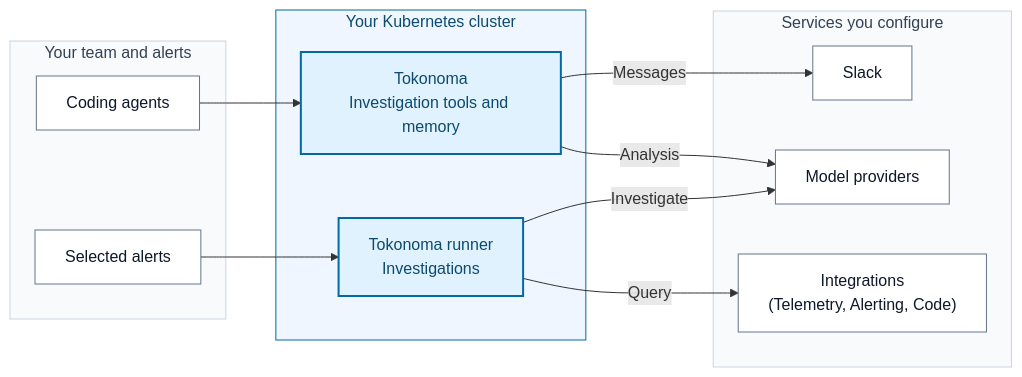
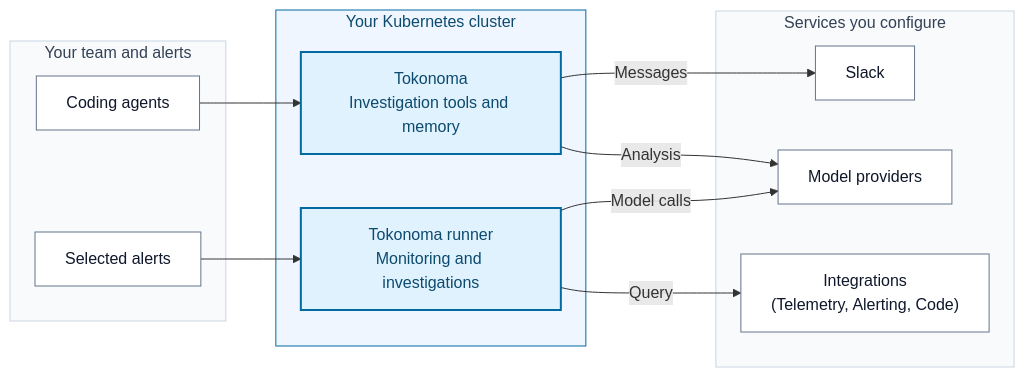
One commit to tokonoma-ai/tokonoma-docs changed the diagram in README.md. Above: the diagram before and after it, drawn with Mermaid. The commit also changed other lines of this file and 8 other files, not shown here.

````diff
--- a/README.md
+++ b/README.md
@@ -7,32 +7,32 @@
 ```mermaid
 flowchart LR
   accTitle: Tokonoma in your environment
-  accDescr: Coding agents connect to Tokonoma, and selected alerts reach the required Tokonoma runner. Both run in your Kubernetes cluster. Tokonoma connects to Slack and its model provider for required analysis. The runner calls its model provider and configured telemetry, alerting, and code integrations. Arrows show who opens each connection. This is a capability overview, not a map of internal services.
+  accDescr: Coding agents connect to Tokonoma, and selected alerts reach the required Tokonoma runner. Both run in your Kubernetes cluster. Tokonoma connects to Slack and its model provider for required analysis. The runner monitors configured telemetry and automatically investigates findings and alerts using its model provider and permitted integrations. Arrows show who opens each connection. This is a capability overview, not a map of internal services.
   subgraph Inputs["Your team and alerts"]
     Agents["Coding agents"]
     Alerts["Selected alerts"]
   end
   subgraph Cluster["Your Kubernetes cluster"]
     Tokonoma["Tokonoma<br/>Investigation tools and memory"]
-    Runner["Tokonoma runner<br/>Investigations"]
+    Runner["Tokonoma runner<br/>Monitoring and investigations"]
   end
   subgraph Connections["Services you configure"]
     Slack["Slack"]
     Models["Model providers"]
     Tools["Integrations<br/>(Telemetry, Alerting, Code)"]
   end
   Agents --> Tokonoma
   Alerts --> Runner
   Tokonoma -->|"Messages"| Slack
   Tokonoma -->|"Analysis"| Models
-  Runner -->|"Investigate"| Models
+  Runner -->|"Model calls"| Models
   Runner -->|"Query"| Tools
 
   classDef service fill:#e0f2fe,stroke:#0369a1,color:#0c4a6e,stroke-width:2px
   classDef external fill:#fff,stroke:#64748b,color:#0f172a
   class Tokonoma,Runner service
   class Agents,Alerts,Slack,Tools,Models external
   style Cluster fill:#eff6ff,stroke:#0369a1,color:#0c4a6e
   style Inputs fill:#f8fafc,stroke:#cbd5e1,color:#334155
   style Connections fill:#f8fafc,stroke:#cbd5e1,color:#334155
 ```
````
